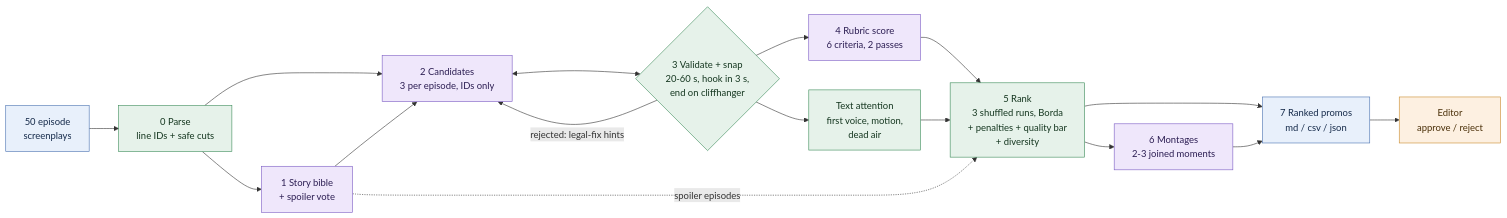
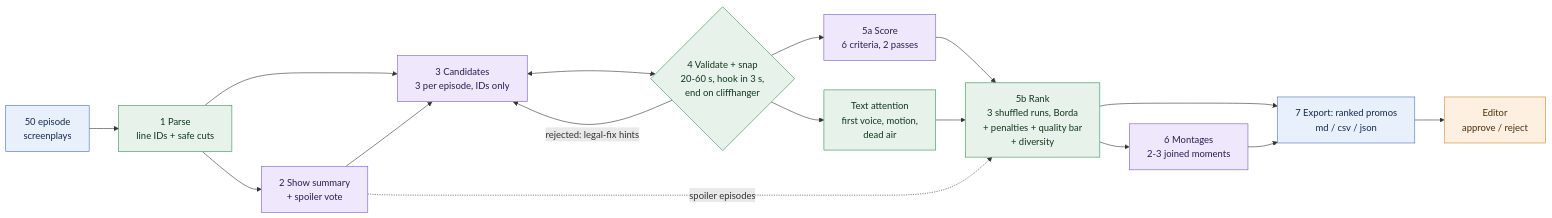
Before and after one commit to deltaparticle/Kuku-Submission: the second of 2 diagrams in docs/architecture.md, drawn with Mermaid. The commit also changed other lines of this file and 39 other files, not shown here.

````diff
--- a/docs/architecture.md
+++ b/docs/architecture.md
@@ -204,27 +204,27 @@
 ```mermaid
 flowchart LR
-    IN["50 episode<br/>screenplays"] --> P["0 Parse<br/>line IDs + safe cuts"]
-    P --> B["1 Story bible<br/>+ spoiler vote"]
-    P --> C["2 Candidates<br/>3 per episode, IDs only"]
+    IN["50 episode<br/>screenplays"] --> P["1 Parse<br/>line IDs + safe cuts"]
+    P --> B["2 Show summary<br/>+ spoiler vote"]
+    P --> C["3 Candidates<br/>3 per episode, IDs only"]
     B --> C
-    C <--> V{"3 Validate + snap<br/>20-60 s, hook in 3 s,<br/>end on cliffhanger"}
+    C <--> V{"4 Validate + snap<br/>20-60 s, hook in 3 s,<br/>end on cliffhanger"}
     V -- "rejected: legal-fix hints" --> C
     V --> AT["Text attention<br/>first voice, motion,<br/>dead air"]
-    V --> S["4 Rubric score<br/>6 criteria, 2 passes"]
-    S --> R["5 Rank<br/>3 shuffled runs, Borda<br/>+ penalties + quality bar<br/>+ diversity"]
+    V --> S["5a Score<br/>6 criteria, 2 passes"]
+    S --> R["5b Rank<br/>3 shuffled runs, Borda<br/>+ penalties + quality bar<br/>+ diversity"]
     AT --> R
     B -. spoiler episodes .-> R
     R --> M["6 Montages<br/>2-3 joined moments"]
-    R --> O["7 Ranked promos<br/>md / csv / json"]
+    R --> O["7 Export: ranked promos<br/>md / csv / json"]
     M --> O
     O --> H["Editor<br/>approve / reject"]
 
     classDef ai fill:#efe7fb,stroke:#7b5cc4,color:#2b1d52
     classDef code fill:#e6f2ea,stroke:#3c8c5a,color:#14361f
     classDef io fill:#e8f0fb,stroke:#4a72b0,color:#152a4a
     classDef human fill:#fdf0e1,stroke:#c98a2c,color:#4a2f08
     class B,C,S,M ai
     class P,V,AT,R code
     class IN,O io
     class H human
 ```
````
